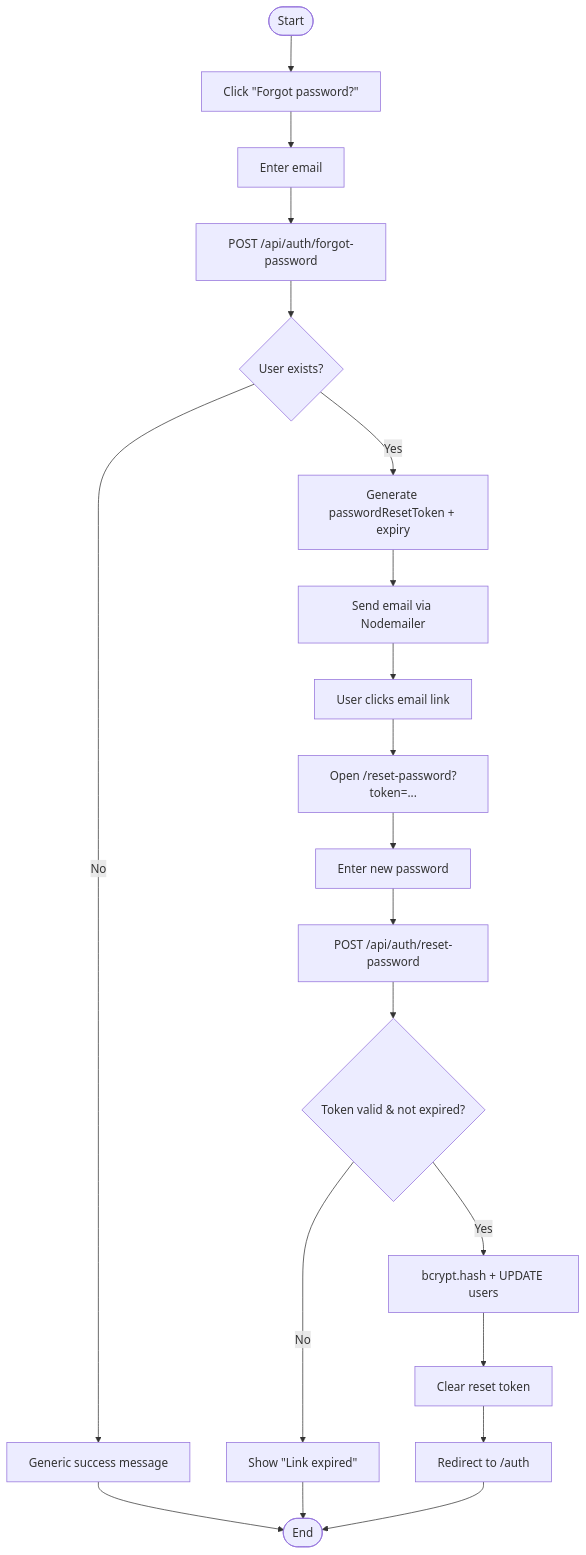
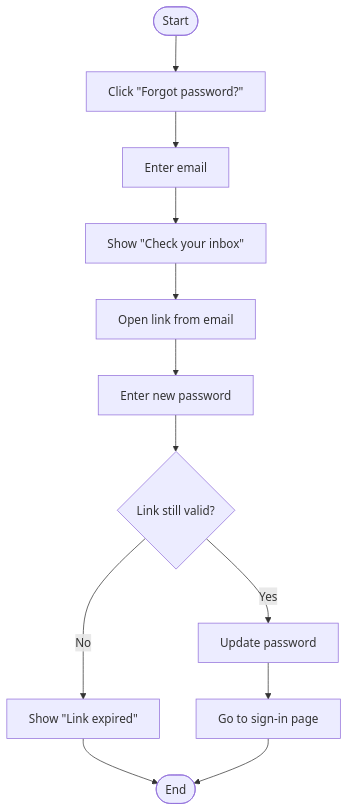
The eighth of 11 diagrams in docs/05_chapitre3_sprint1.md (MaizaAymen/OmniLearn), drawn with Mermaid before and after one commit. The commit also changed other lines of this file, not shown here.

````diff
--- a/docs/05_chapitre3_sprint1.md
+++ b/docs/05_chapitre3_sprint1.md
@@ -313,17 +312,13 @@
 ```mermaid
 flowchart TD
   A([Start]) --> B[Click &quot;Forgot password?&quot;]
   B --> C[Enter email]
-  C --> D[POST /api/auth/forgot-password]
-  D --> E{User exists?}
-  E -- No --> F[Generic success message] --> Z([End])
-  E -- Yes --> G[Generate passwordResetToken + expiry]
-  G --> H[Send email via Nodemailer]
-  H --> I[User clicks email link]
-  I --> J[Open /reset-password?token=...]
-  J --> K[Enter new password]
-  K --> L[POST /api/auth/reset-password]
-  L --> M{Token valid & not expired?}
-  M -- No --> N[Show &quot;Link expired&quot;] --> Z
-  M -- Yes --> O[bcrypt.hash + UPDATE users] --> P[Clear reset token] --> Q[Redirect to /auth] --> Z
+  C --> D[Show &quot;Check your inbox&quot;]
+  D --> E[Open link from email]
+  E --> F[Enter new password]
+  F --> G{Link still valid?}
+  G -- No --> H[Show &quot;Link expired&quot;] --> Z([End])
+  G -- Yes --> I[Update password]
+  I --> J[Go to sign-in page]
+  J --> Z
 ```
````
